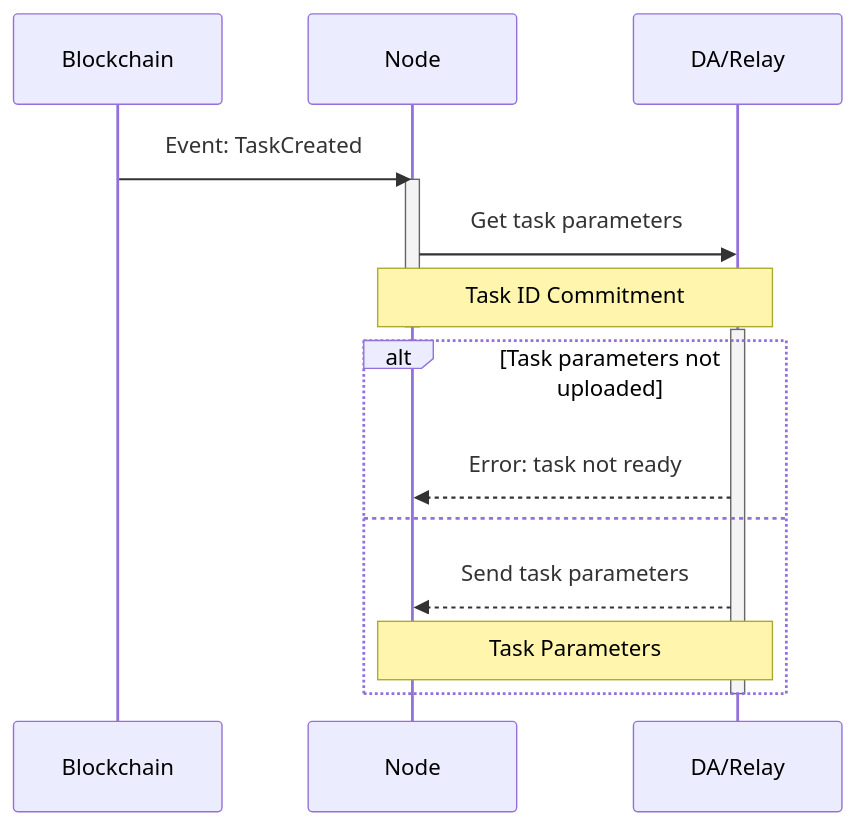
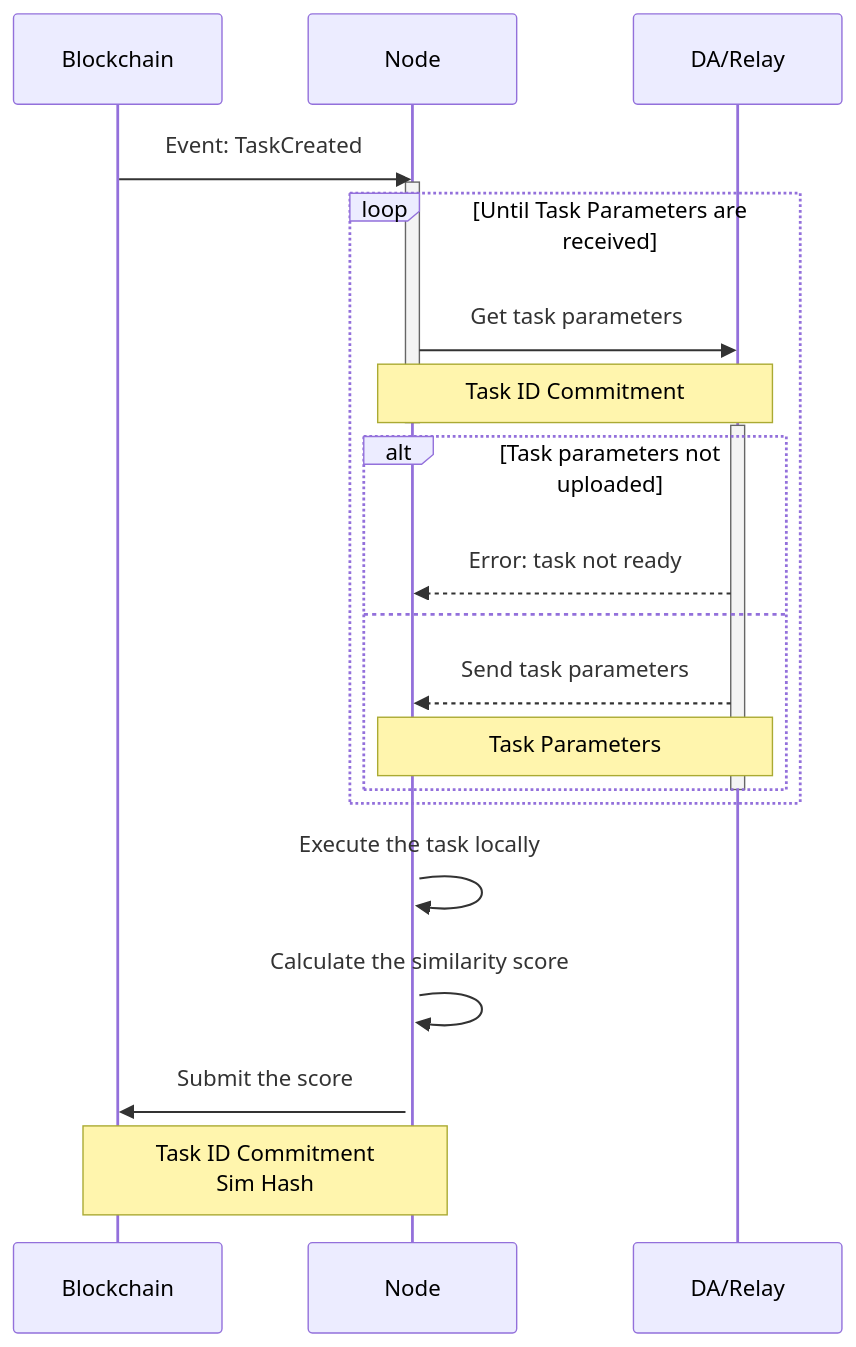
The second of 2 diagrams in gitbook/system-design/task-lifecycle.md (crynux-ai/documentation), drawn with Mermaid before and after one commit.

Commit message:
GITBOOK-261: No subject

````diff
--- a/gitbook/system-design/task-lifecycle.md
+++ b/gitbook/system-design/task-lifecycle.md
@@ -77,21 +77,30 @@
 ```mermaid
 sequenceDiagram
     Participant B as Blockchain
     Participant N as Node
     Participant R as DA/Relay
 
     B ->> N: Event: TaskCreated
     activate N
-    N ->> R: Get task parameters
-    Note over N,R: Task ID Commitment
-    deactivate N
-    activate R
+    loop Until Task Parameters are received
+        N ->> R: Get task parameters
+        Note over N,R: Task ID Commitment
+        deactivate N
+        activate R
+        alt Task parameters not uploaded
+            R -->> N: Error: task not ready
+        else
+            R -->> N: Send task parameters
+            Note over N,R: Task Parameters
+        end
+        deactivate R
+    end
+    activate N
+    N ->> N: Execute the task locally
+    N ->> N: Calculate the similarity score
 
-    alt Task parameters not uploaded
-        R -->> N: Error: task not ready
-    else
-        R -->> N: Send task parameters
-        Note over N,R: Task Parameters
-    end
-    deactivate R
+    N ->> B: Submit the score
+    Note over N,B: Task ID Commitment<br/>Sim Hash
+
+
 ```
````
